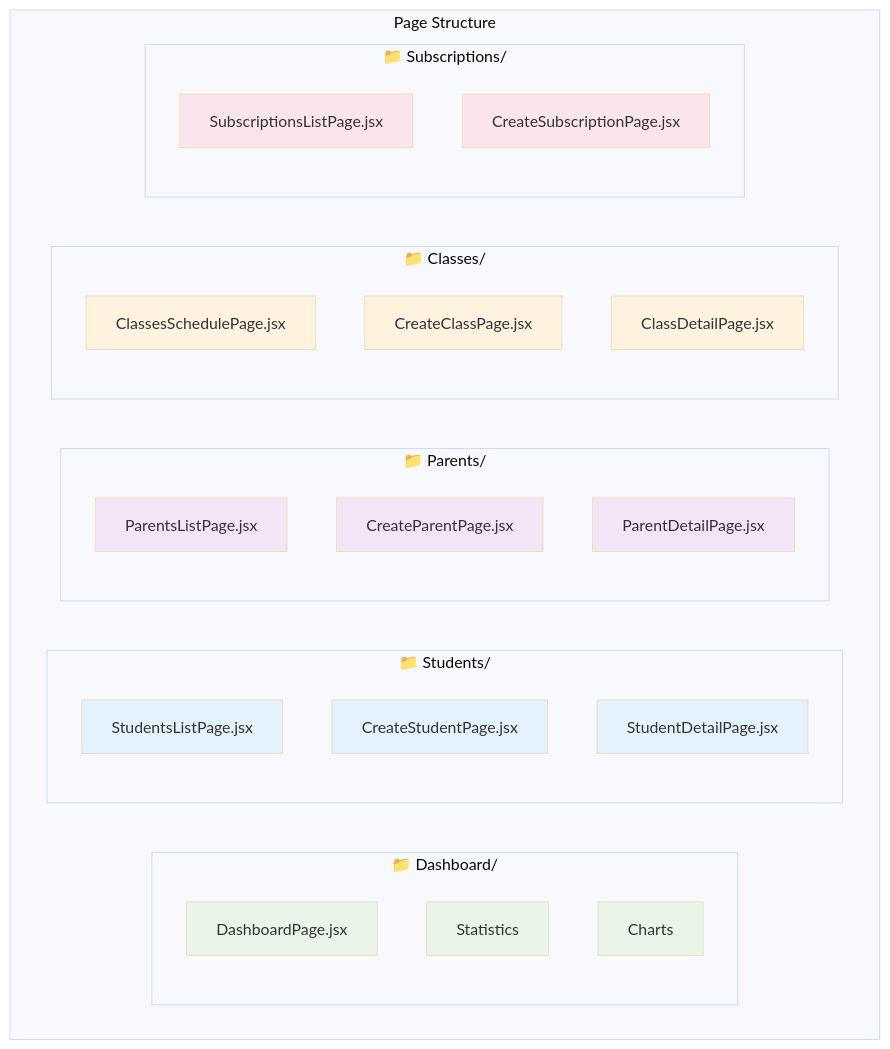
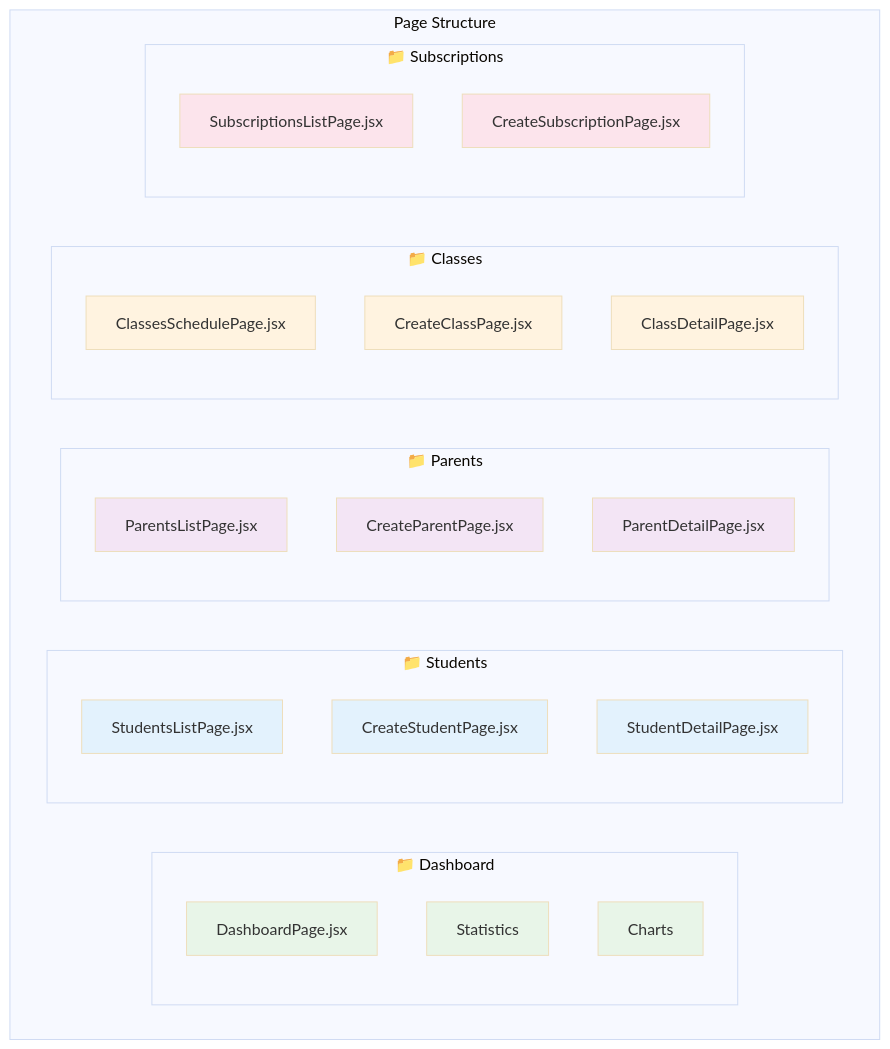
One commit to dammanhdungvn/teenup changed the third of 7 diagrams in frontend/docs/STRUCTURE.md. Above: the diagram before and after it, drawn with Mermaid (base theme). The commit also changed other lines of this file and 1 other file, not shown here.

````diff
--- a/frontend/docs/STRUCTURE.md
+++ b/frontend/docs/STRUCTURE.md
@@ -194,48 +194,48 @@
 ```mermaid
 graph TD
     subgraph "Page Structure"
-        subgraph "📁 Dashboard/"
+        subgraph "📁 Dashboard"
             D1[DashboardPage.jsx]
             D2[Statistics]
             D3[Charts]
         end
         
-        subgraph "📁 Students/"
+        subgraph "📁 Students"
             S1[StudentsListPage.jsx]
             S2[CreateStudentPage.jsx]
             S3[StudentDetailPage.jsx]
         end
         
-        subgraph "📁 Parents/"
+        subgraph "📁 Parents"
             P1[ParentsListPage.jsx]
             P2[CreateParentPage.jsx]
             P3[ParentDetailPage.jsx]
         end
         
-        subgraph "📁 Classes/"
+        subgraph "📁 Classes"
             CL1[ClassesSchedulePage.jsx]
             CL2[CreateClassPage.jsx]
             CL3[ClassDetailPage.jsx]
         end
         
-        subgraph "📁 Subscriptions/"
+        subgraph "📁 Subscriptions"
             SU1[SubscriptionsListPage.jsx]
             SU2[CreateSubscriptionPage.jsx]
         end
     end
     
     style D1 fill:#e8f5e8
     style D2 fill:#e8f5e8
     style D3 fill:#e8f5e8
     style S1 fill:#e3f2fd
     style S2 fill:#e3f2fd
     style S3 fill:#e3f2fd
     style P1 fill:#f3e5f5
     style P2 fill:#f3e5f5
     style P3 fill:#f3e5f5
     style CL1 fill:#fff3e0
     style CL2 fill:#fff3e0
     style CL3 fill:#fff3e0
     style SU1 fill:#fce4ec
     style SU2 fill:#fce4ec
 ```
````
